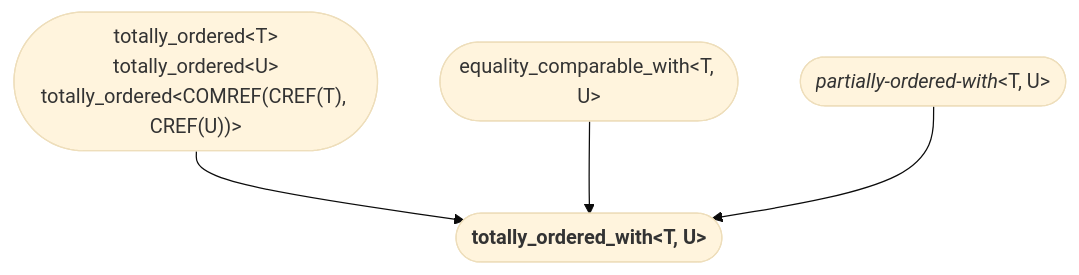
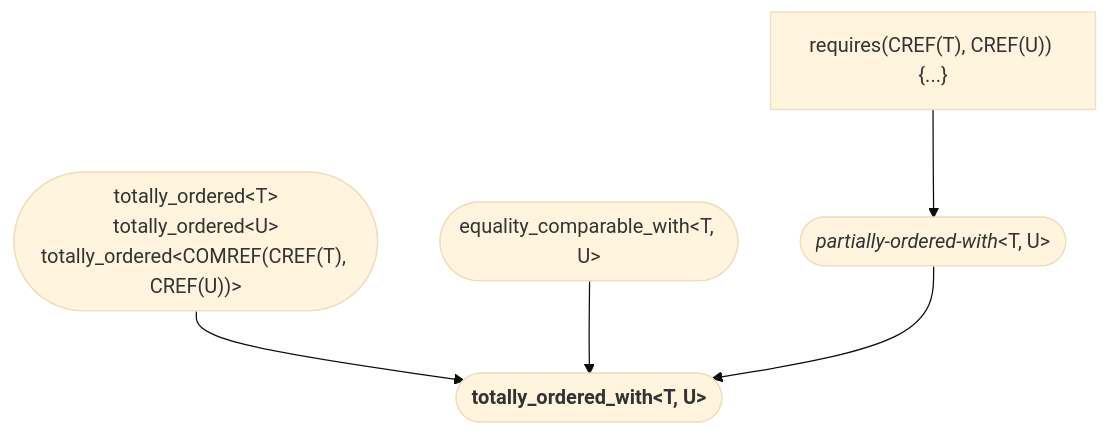
One commit to yohhoy/cpp-concepts changed diagram 18 of 27 in README.md. Above: the diagram before and after it, drawn with Mermaid (base theme). The commit also changed other lines of this file, not shown here.

Commit message:
expand partially-ordered-with

````diff
--- a/README.md
+++ b/README.md
@@ -208,7 +210,9 @@
 ```mermaid
 graph TD
+    %% partially-ordered-with<T, U>
+    AC["requires(CREF(T), CREF(U)) {...}"] --> partially-ordered-with(["<i>partially-ordered-with</i>&lt;T, U&gt;"]);
     %% std::totally_ordered_with<T, U>
     totally_ordered(["totally_ordered&lt;T&gt;<br>totally_ordered&lt;U&gt;<br>totally_ordered&lt;COMREF(CREF(T), CREF(U))&gt;"]) --> totally_ordered_with(["<b>totally_ordered_with&lt;T, U&gt;</b>"]);
     equality_comparable_with(["equality_comparable_with&lt;T, U&gt;"]) --> totally_ordered_with;
-    pow(["<i>partially-ordered-with</i>&lt;T, U&gt;"]) --> totally_ordered_with;
+    partially-ordered-with --> totally_ordered_with;
 ```
````
